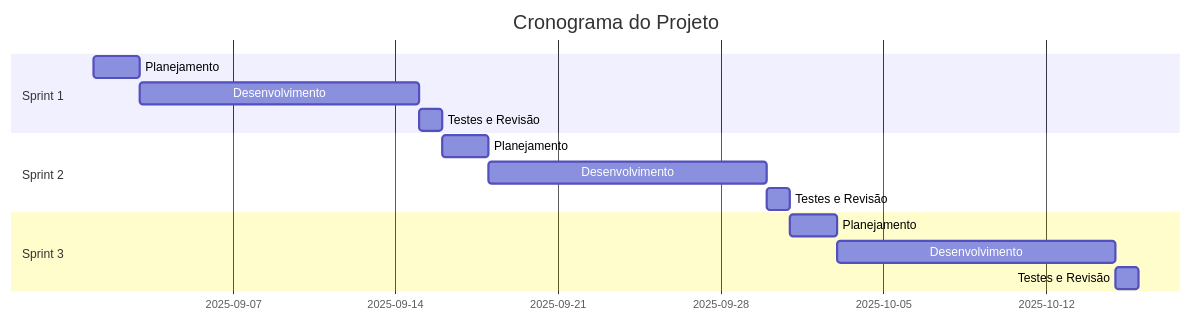
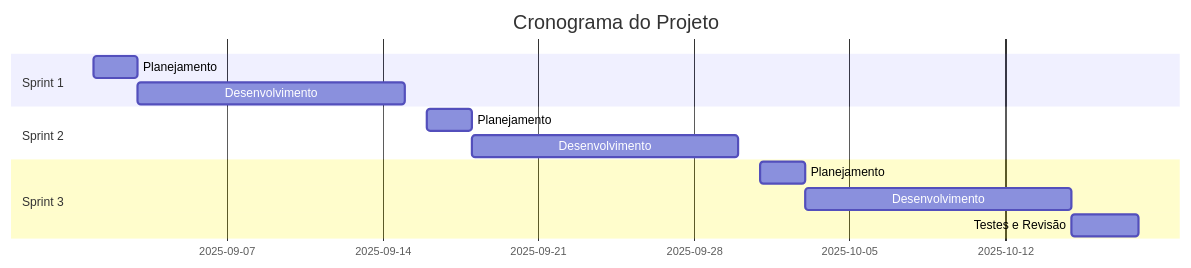
The diagram in README.md (CordeiroGente/Backroom), drawn with Mermaid before and after one commit. The commit also changed other lines of this file, not shown here.

````diff
--- a/README.md
+++ b/README.md
@@ -40,17 +40,15 @@
 ```mermaid
 gantt
     title Cronograma do Projeto
     dateFormat  YYYY-MM-DD
     section Sprint 1
     Planejamento           :sprint1-plan, 2025-09-01, 2d
     Desenvolvimento        :sprint1-dev, after sprint1-plan, 12d
-    Testes e Revisão       :sprint1-test, after sprint1-dev, 1d
     section Sprint 2
     Planejamento           :sprint2-plan, 2025-09-16, 2d
     Desenvolvimento        :sprint2-dev, after sprint2-plan, 12d
-    Testes e Revisão       :sprint2-test, after sprint2-dev, 1d
     section Sprint 3
     Planejamento           :sprint3-plan, 2025-10-01, 2d
     Desenvolvimento        :sprint3-dev, after sprint3-plan, 12d
-    Testes e Revisão       :sprint3-test, after sprint3-dev, 1d
+    Testes e Revisão       :sprint3-test, after sprint3-dev, 3d
 ```
````
